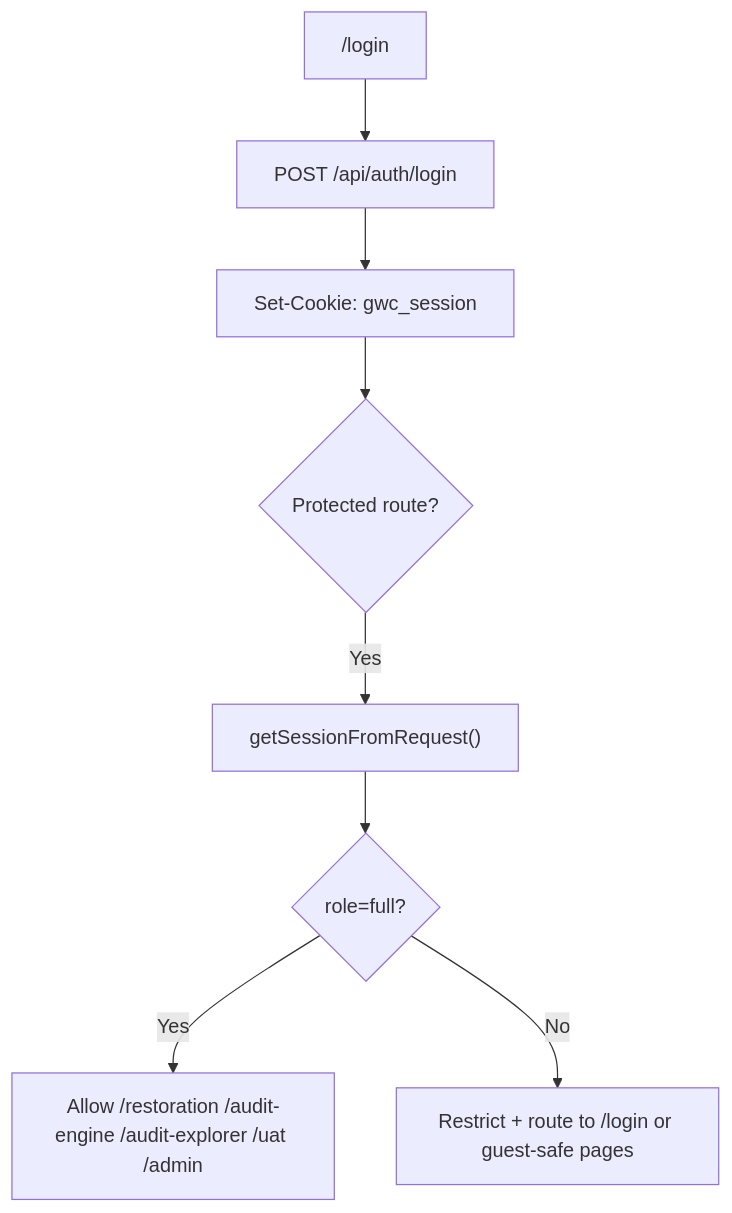
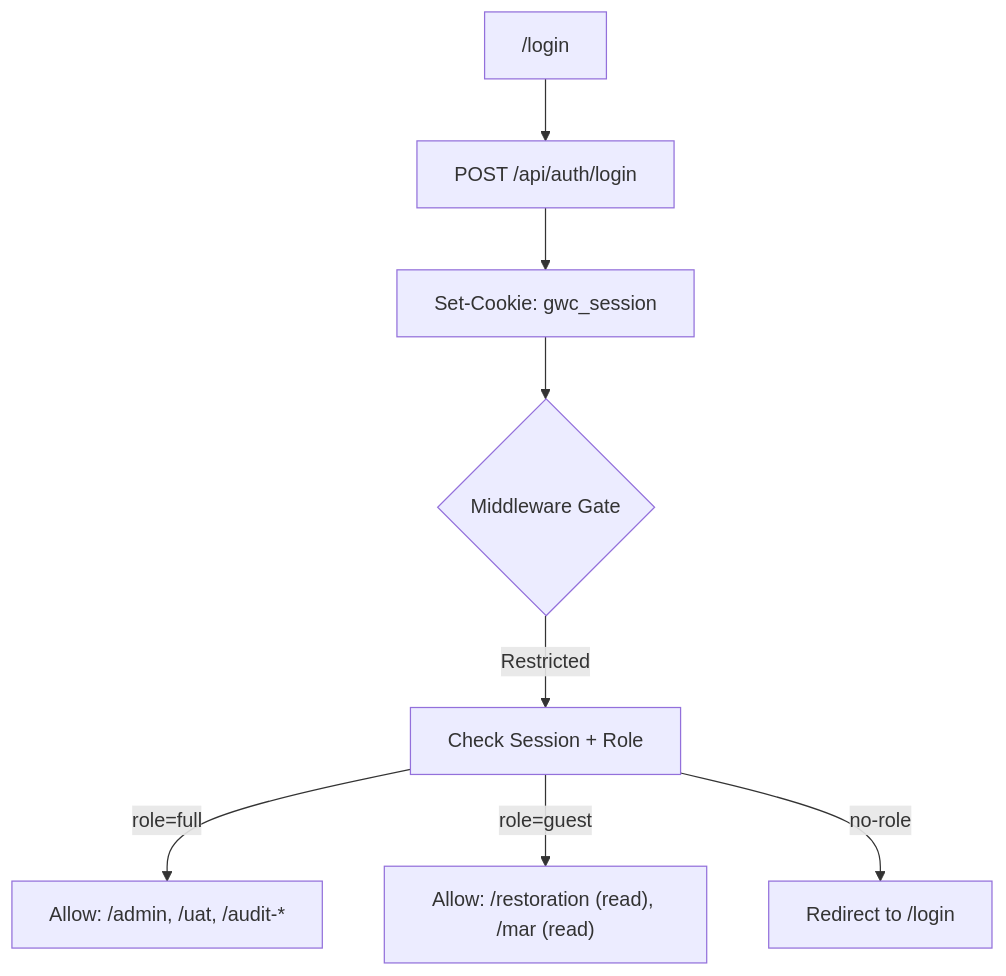
One commit to gUBII/chartgen changed the third of 4 diagrams in README.md. Above: the diagram before and after it, drawn with Mermaid. The commit also changed other lines of this file and 10 other files, not shown here.

````diff
--- a/README.md
+++ b/README.md
@@ -128,10 +147,10 @@
 ```mermaid
 flowchart TD
-  Login["/login"] --> AuthPost["POST /api/auth/login"]
-  AuthPost --> Cookie["Set-Cookie: gwc_session"]
-  Cookie --> Guard{"Protected route?"}
-  Guard -- Yes --> Check["getSessionFromRequest()"]
-  Check --> Role{"role=full?"}
-  Role -- Yes --> Full["Allow /restoration /audit-engine /audit-explorer /uat /admin"]
-  Role -- No --> Guest["Restrict + route to /login or guest-safe pages"]
+    Login["/login"] --> AuthPost["POST /api/auth/login"]
+    AuthPost --> Cookie["Set-Cookie: gwc_session"]
+    Cookie --> Middleware{"Middleware Gate"}
+    Middleware -- Restricted --> Check["Check Session + Role"]
+    Check -- "role=full" --> Full["Allow: /admin, /uat, /audit-*"]
+    Check -- "role=guest" --> Guest["Allow: /restoration (read), /mar (read)"]
+    Check -- "no-role" --> Redirect["Redirect to /login"]
 ```
````
